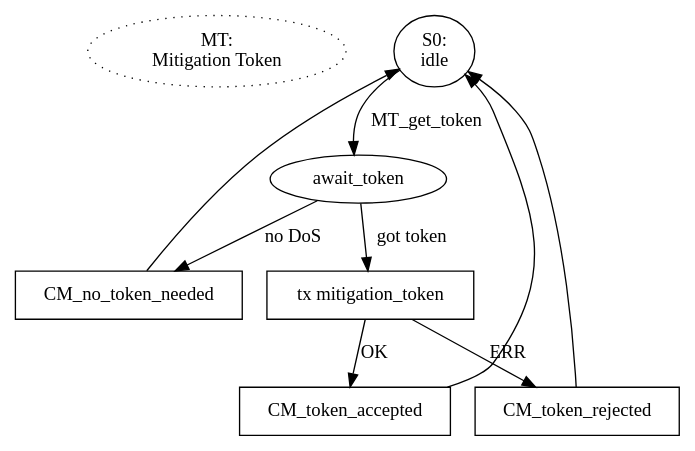
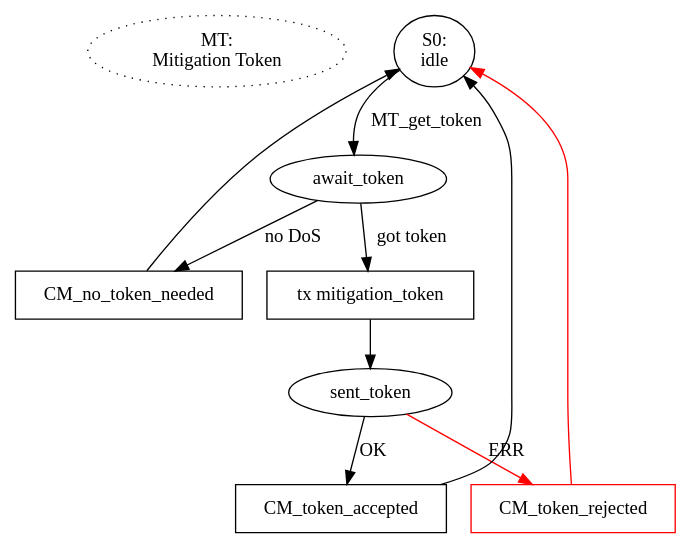
Before and after one commit to magic-wormhole/magic-wormhole: the diagram in docs/state-machines/mitigation.dot, drawn with Graphviz. The commit also changed 1 other file, not shown here.

```diff
--- a/docs/state-machines/mitigation.dot
+++ b/docs/state-machines/mitigation.dot
@@ -1,24 +1,26 @@
 digraph {
 
         start [label="MT:\nMitigation Token" style="dotted"]
         {rank=same; start MT0}
         start -> MT0 [style="invis"]
 
         MT0 [label="S0:\nidle"]
         MT0 -> await_token [label="MT_get_token"]
 
         await_token -> no_dos [label="no DoS"]
         no_dos [shape="box" label="CM_no_token_needed"]
         no_dos -> MT0
 
         await_token -> send_token [label="got token"]
         send_token [shape="box" label="tx mitigation_token"]
 
-        send_token -> response_ok [label="OK"]
+        send_token -> sent_token
+
+        sent_token -> response_ok [label="OK"]
         response_ok [shape="box" label="CM_token_accepted"]
         response_ok -> MT0
 
-        send_token -> response_err [label="ERR"]
-        response_err [shape="box" label="CM_token_rejected"]
-        response_err -> MT0
+        sent_token -> response_err [label="ERR" color="red"]
+        response_err [shape="box" label="CM_token_rejected" color="red"]
+        response_err -> MT0 [color="red"]
 }
```
